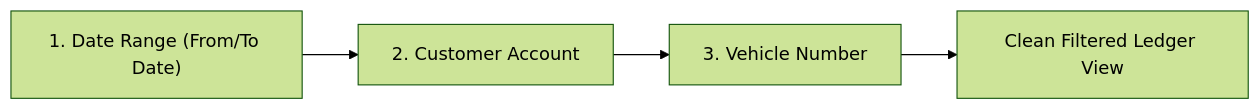
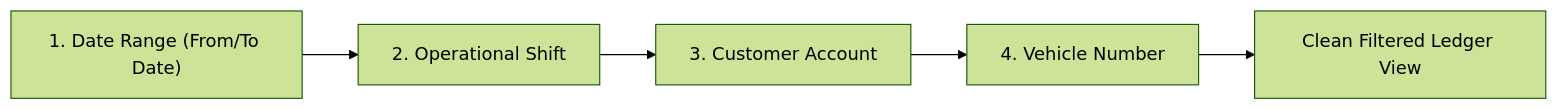
The second of 2 diagrams in markdown/customer_report.md (sharjeelwakeel/ppms), drawn with Mermaid (forest theme) before and after one commit. The commit also changed other lines of this file and 34 other files, not shown here.

````diff
--- a/markdown/customer_report.md
+++ b/markdown/customer_report.md
@@ -55,6 +56,7 @@
 ```mermaid
 graph LR
-    A["1. Date Range (From/To Date)"] --> B["2. Customer Account"]
-    B --> C["3. Vehicle Number"]
-    C --> D["Clean Filtered Ledger View"]
+    A["1. Date Range (From/To Date)"] --> B["2. Operational Shift"]
+    B --> C["3. Customer Account"]
+    C --> D["4. Vehicle Number"]
+    D --> E["Clean Filtered Ledger View"]
 ```
````
